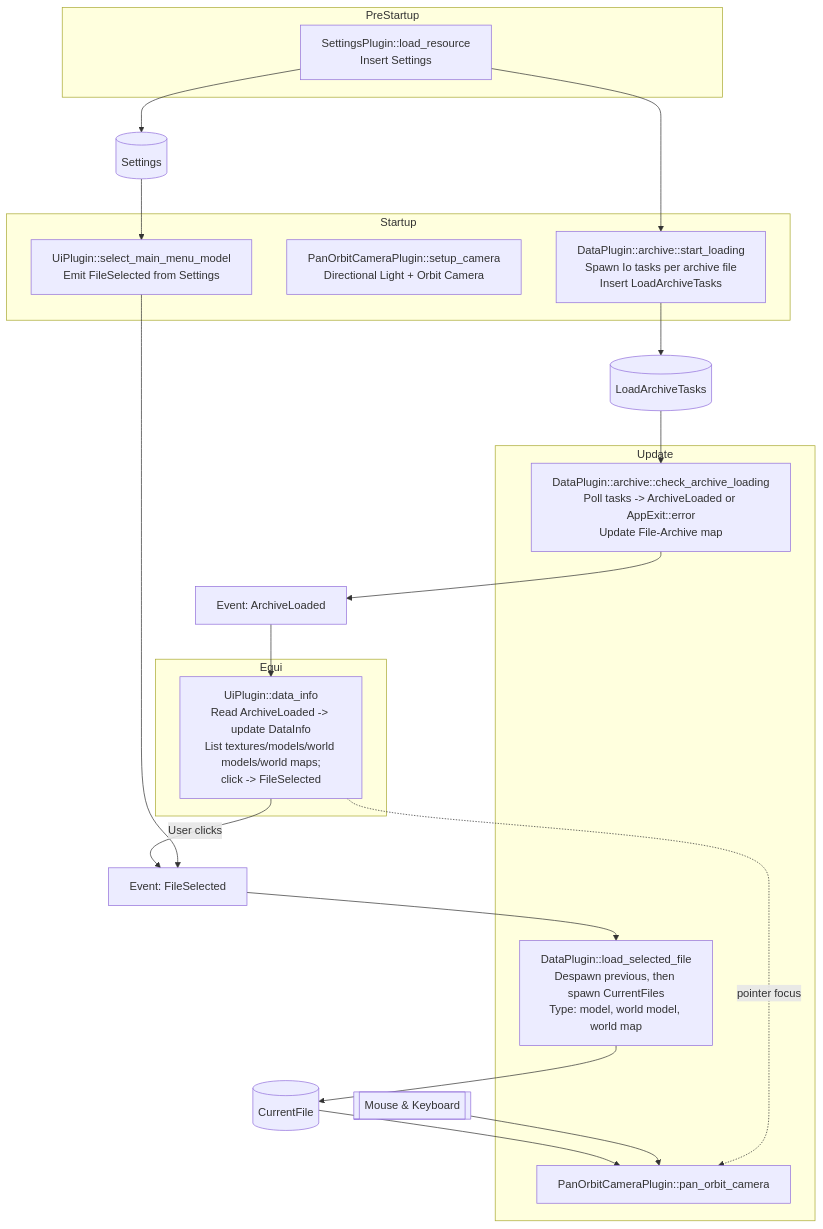
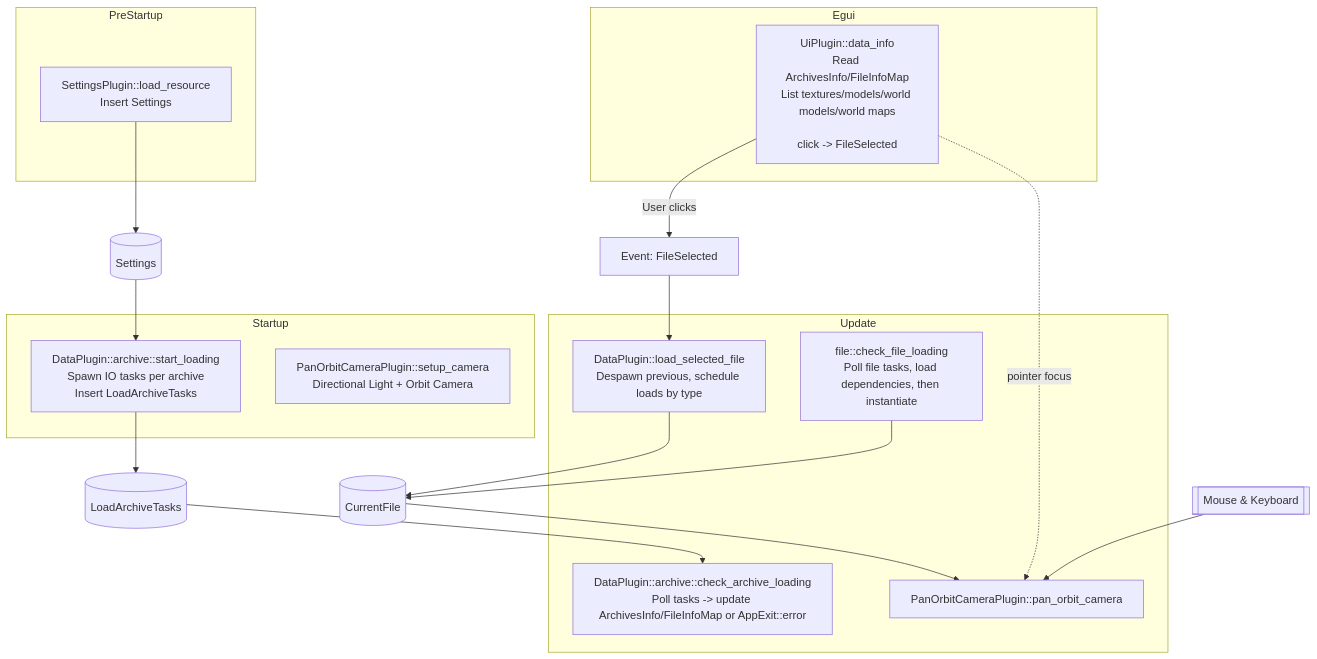
The diagram in ARCHITECTURE.md (nocthir/worgen-rs), drawn with Mermaid before and after one commit. The commit also changed other lines of this file, not shown here.

Commit message:
docs: Update architecture

````diff
--- a/ARCHITECTURE.md
+++ b/ARCHITECTURE.md
@@ -58,38 +63,36 @@
 ```mermaid
 flowchart TD
     subgraph PreStartup
         A[SettingsPlugin::load_resource<br/>Insert Settings]
     end
 
     subgraph Startup
-        B[DataPlugin::archive::start_loading<br/>Spawn Io tasks per archive file<br/>Insert LoadArchiveTasks]
+        B[DataPlugin::archive::start_loading<br/>Spawn IO tasks per archive<br/>Insert LoadArchiveTasks]
         C[PanOrbitCameraPlugin::setup_camera<br/>Directional Light + Orbit Camera]
-        E[UiPlugin::select_main_menu_model<br/>Emit FileSelected from Settings]
     end
 
     A --> ST[(Settings)]
     B --> LT[(LoadArchiveTasks)]
-    A --> B
-    ST --> E
+    ST --> B
 
     subgraph Update
-        D[DataPlugin::archive::check_archive_loading<br/>Poll tasks -> ArchiveLoaded or AppExit::error<br/>Update File-Archive map]
-        F[DataPlugin::load_selected_file<br/>Despawn previous, then spawn CurrentFiles<br/>Type: model, world model, world map]
+        D[DataPlugin::archive::check_archive_loading<br/>Poll tasks -> update ArchivesInfo/FileInfoMap or AppExit::error]
+        F[DataPlugin::load_selected_file<br/>Despawn previous, schedule loads by type]
+        X[file::check_file_loading<br/>Poll file tasks, load dependencies, then instantiate]
         G[PanOrbitCameraPlugin::pan_orbit_camera]
     end
 
     subgraph Egui
-        H[UiPlugin::data_info<br/>Read ArchiveLoaded -> update DataInfo<br/>List textures/models/world models/world maps;<br/>click -> FileSelected]
+        H[UiPlugin::data_info<br/>Read ArchivesInfo/FileInfoMap<br/>List textures/models/world models/world maps
+        <br/>click -> FileSelected]
     end
 
-    D --> AL[Event: ArchiveLoaded]
     LT --> D
-    AL --> H
     H -->|User clicks| MS[Event: FileSelected]
-    E --> MS
     MS --> F
     F --> CM[(CurrentFile)]
+    X --> CM
     CM --> G
     Input[[Mouse & Keyboard]] --> G
     H -. pointer focus .-> G
 ```
````
